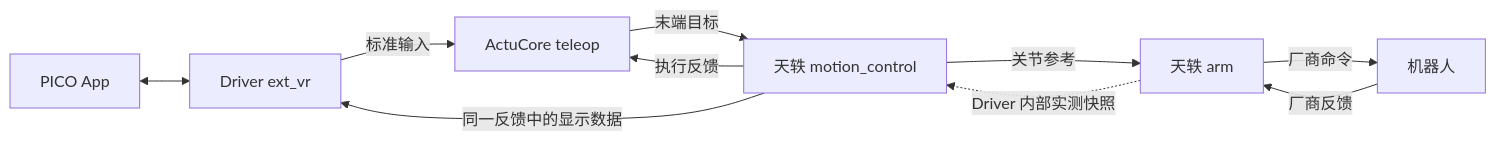
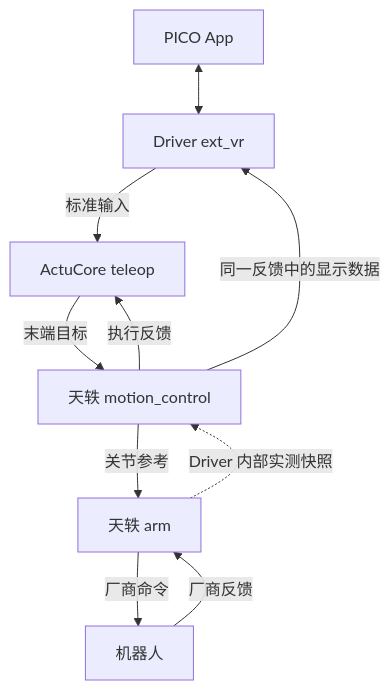
The diagram in docs/plans/tianyi-dual-arm-motion-contract.md (4paradigm/phanthymotus-driver), drawn with Mermaid before and after one commit. The commit also changed other lines of this file, not shown here.

Commit message:
docs(teleop): cross-link card PRs and clarify diagrams

````diff
--- a/docs/plans/tianyi-dual-arm-motion-contract.md
+++ b/docs/plans/tianyi-dual-arm-motion-contract.md
@@ -9,12 +11,12 @@
 ```mermaid
-flowchart LR
+flowchart TD
     P[PICO App] <--> X[Driver ext_vr]
     X -->|标准输入| T[ActuCore teleop]
     T -->|末端目标| M[天轶 motion_control]
     M -->|关节参考| A[天轶 arm]
     A -->|厂商命令| R[机器人]
     R -->|厂商反馈| A
     A -.->|Driver 内部实测快照| M
     M -->|执行反馈| T
     M -->|同一反馈中的显示数据| X
 ```
````
